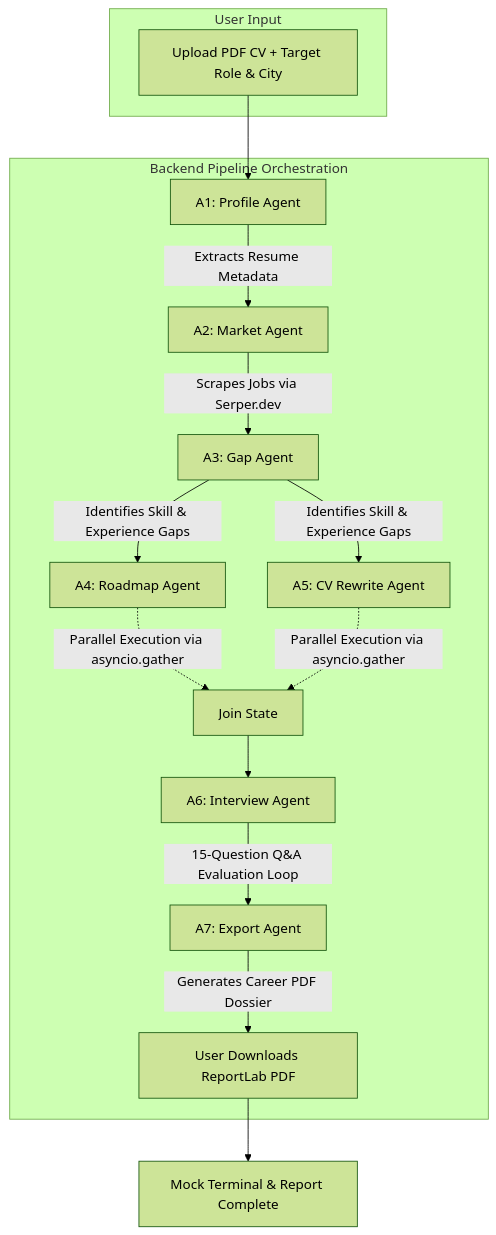
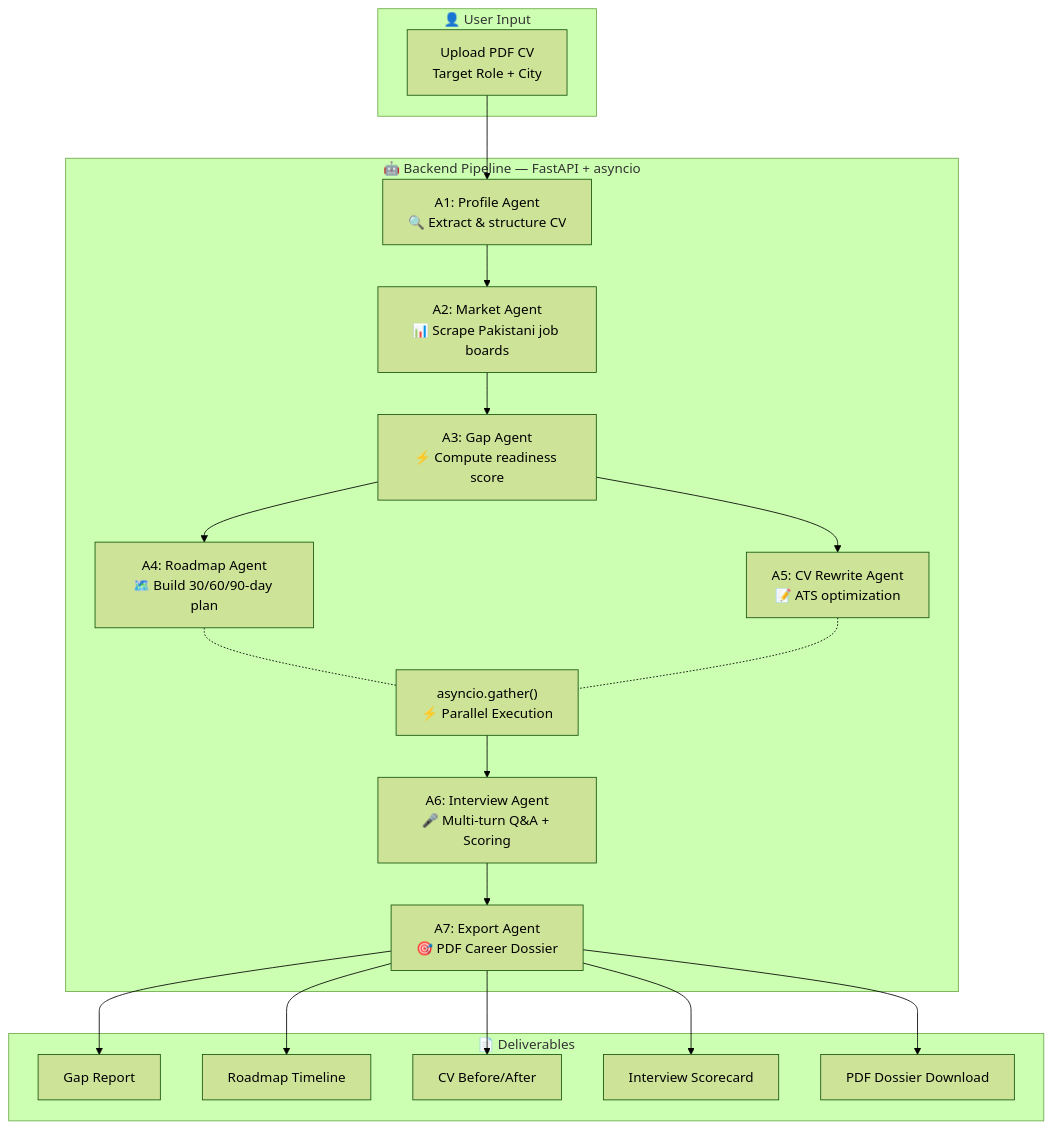
Before and after one commit to Muhammad-Hassan12/Ustaad: the diagram in README.md, drawn with Mermaid (forest theme). The commit also changed other lines of this file and 1 other file, not shown here.

````diff
--- a/README.md
+++ b/README.md
@@ -26,24 +85,32 @@
 ```mermaid
 flowchart TD
-    subgraph User Input
-        A[Upload PDF CV + Target Role & City]
+    subgraph Input["👤 User Input"]
+        A[Upload PDF CV\nTarget Role + City]
     end
 
-    subgraph Backend Pipeline Orchestration
-        B[A1: Profile Agent] -->|Extracts Resume Metadata| C[A2: Market Agent]
-        C -->|Scrapes Jobs via Serper.dev| D[A3: Gap Agent]
-        
-        D -->|Identifies Skill & Experience Gaps| E[A4: Roadmap Agent]
-        D -->|Identifies Skill & Experience Gaps| F[A5: CV Rewrite Agent]
-        
-        E -.->|Parallel Execution via asyncio.gather| G[Join State]
-        F -.->|Parallel Execution via asyncio.gather| G
-        
-        G --> H[A6: Interview Agent]
-        H -->|15-Question Q&A Evaluation Loop| I[A7: Export Agent]
-        I -->|Generates Career PDF Dossier| J[User Downloads ReportLab PDF]
+    subgraph Pipeline["🤖 Backend Pipeline — FastAPI + asyncio"]
+        B["A1: Profile Agent\n🔍 Extract & structure CV"] --> C
+        C["A2: Market Agent\n📊 Scrape Pakistani job boards"] --> D
+        D["A3: Gap Agent\n⚡ Compute readiness score"]
+
+        D --> E["A4: Roadmap Agent\n🗺️ Build 30/60/90-day plan"]
+        D --> F["A5: CV Rewrite Agent\n📝 ATS optimization"]
+
+        E -.- G["asyncio.gather()\n⚡ Parallel Execution"]
+        F -.- G
+
+        G --> H["A6: Interview Agent\n🎤 Multi-turn Q&A + Scoring"]
+        H --> I["A7: Export Agent\n🎯 PDF Career Dossier"]
+    end
+
+    subgraph Output["📄 Deliverables"]
+        J[Gap Report]
+        K[Roadmap Timeline]
+        L[CV Before/After]
+        M[Interview Scorecard]
+        N[PDF Dossier Download]
     end
 
     A --> B
-    J --> K[Mock Terminal & Report Complete]
+    I --> J & K & L & M & N
 ```
````
